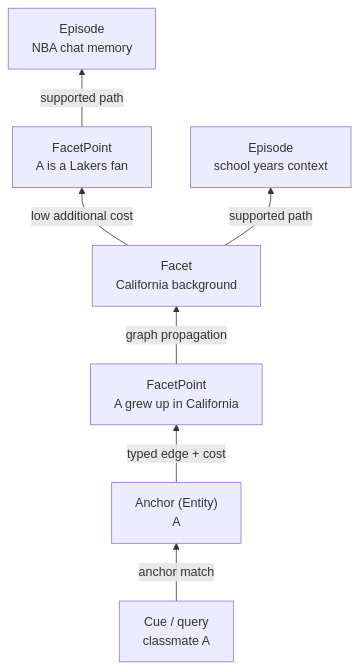
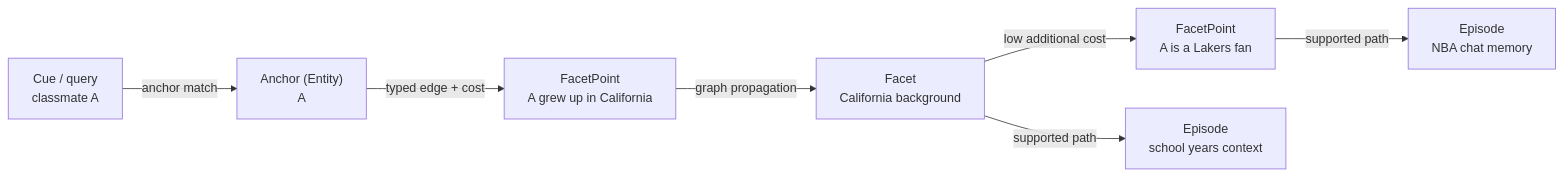
Before and after one commit to alexzhu0/m_flow: the third of 4 diagrams in README.md, drawn with Mermaid. The commit also changed other lines of this file, not shown here.

Commit message:
docs(readme): rotate association diagram to horizontal for compactness
Switch the association propagation diagram from bottom-to-top to left-to-right so it occupies less vertical space, and update the intro wording to match.

Made-with: Cursor

````diff
--- a/README.md
+++ b/README.md
@@ -97,17 +97,17 @@
 ```mermaid
-flowchart BT
+flowchart LR
     Q["Cue / query\nclassmate A"]
     A["Anchor (Entity)\nA"]
     FP1["FacetPoint\nA grew up in California"]
     F1["Facet\nCalifornia background"]
     FP2["FacetPoint\nA is a Lakers fan"]
     E1["Episode\nschool years context"]
     E2["Episode\nNBA chat memory"]
 
     Q -->|anchor match| A
     A -->|typed edge + cost| FP1
     FP1 -->|graph propagation| F1
     F1 -->|supported path| E1
     F1 -->|low additional cost| FP2
     FP2 -->|supported path| E2
 ```
````
